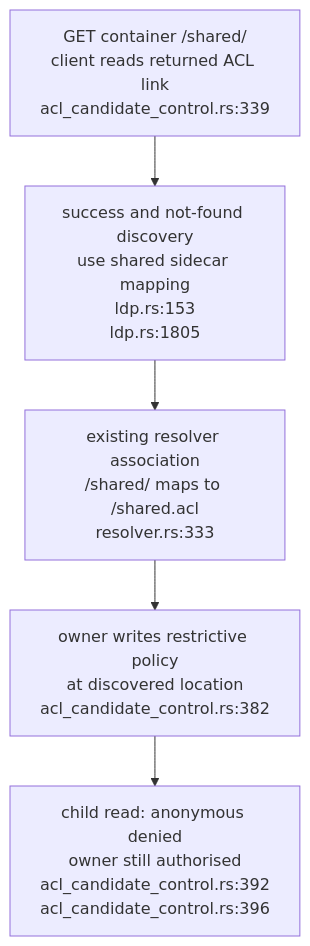
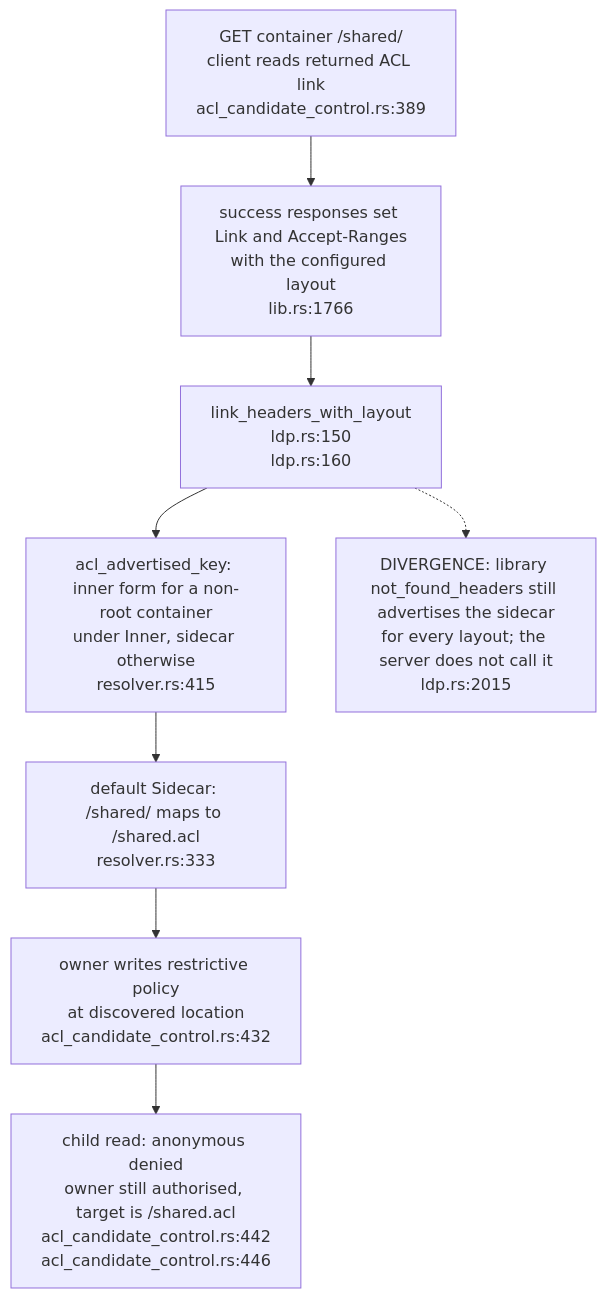
The second of 3 diagrams in docs/diagrams/solid-pod-rs/13-acl-control-and-discovery.md (DreamLab-AI/VisionFlow), drawn with Mermaid before and after one commit. The commit also changed other lines of this file and 1 other file, not shown here.

First line of the commit message:
docs(diagrams): SP-03, SP-13 re-verified at solid-pod-rs a28a748

````diff
--- a/docs/diagrams/solid-pod-rs/13-acl-control-and-discovery.md
+++ b/docs/diagrams/solid-pod-rs/13-acl-control-and-discovery.md
@@ -44,9 +57,13 @@
 ```mermaid
 flowchart TD
-    GET["GET container /shared/<br/>client reads returned ACL link<br/>acl_candidate_control.rs:339"]
-    LINK["success and not-found discovery<br/>use shared sidecar mapping<br/>ldp.rs:153<br/>ldp.rs:1805"]
-    MAP["existing resolver association<br/>/shared/ maps to /shared.acl<br/>resolver.rs:333"]
-    PUT["owner writes restrictive policy<br/>at discovered location<br/>acl_candidate_control.rs:382"]
-    CHECK["child read: anonymous denied<br/>owner still authorised<br/>acl_candidate_control.rs:392<br/>acl_candidate_control.rs:396"]
-    GET --> LINK --> MAP --> PUT --> CHECK
+    GET["GET container /shared/<br/>client reads returned ACL link<br/>acl_candidate_control.rs:389"]
+    HDR["success responses set Link and Accept-Ranges<br/>with the configured layout<br/>lib.rs:1766"]
+    LINK["link_headers_with_layout<br/>ldp.rs:150<br/>ldp.rs:160"]
+    ADV["acl_advertised_key: inner form for a non-root container<br/>under Inner, sidecar otherwise<br/>resolver.rs:415"]
+    MAP["default Sidecar: /shared/ maps to /shared.acl<br/>resolver.rs:333"]
+    PUT["owner writes restrictive policy<br/>at discovered location<br/>acl_candidate_control.rs:432"]
+    CHECK["child read: anonymous denied<br/>owner still authorised, target is /shared.acl<br/>acl_candidate_control.rs:442<br/>acl_candidate_control.rs:446"]
+    NF["DIVERGENCE: library not_found_headers still advertises the sidecar<br/>for every layout; the server does not call it<br/>ldp.rs:2015"]
+    GET --> HDR --> LINK --> ADV --> MAP --> PUT --> CHECK
+    LINK -.-> NF
 ```
````
